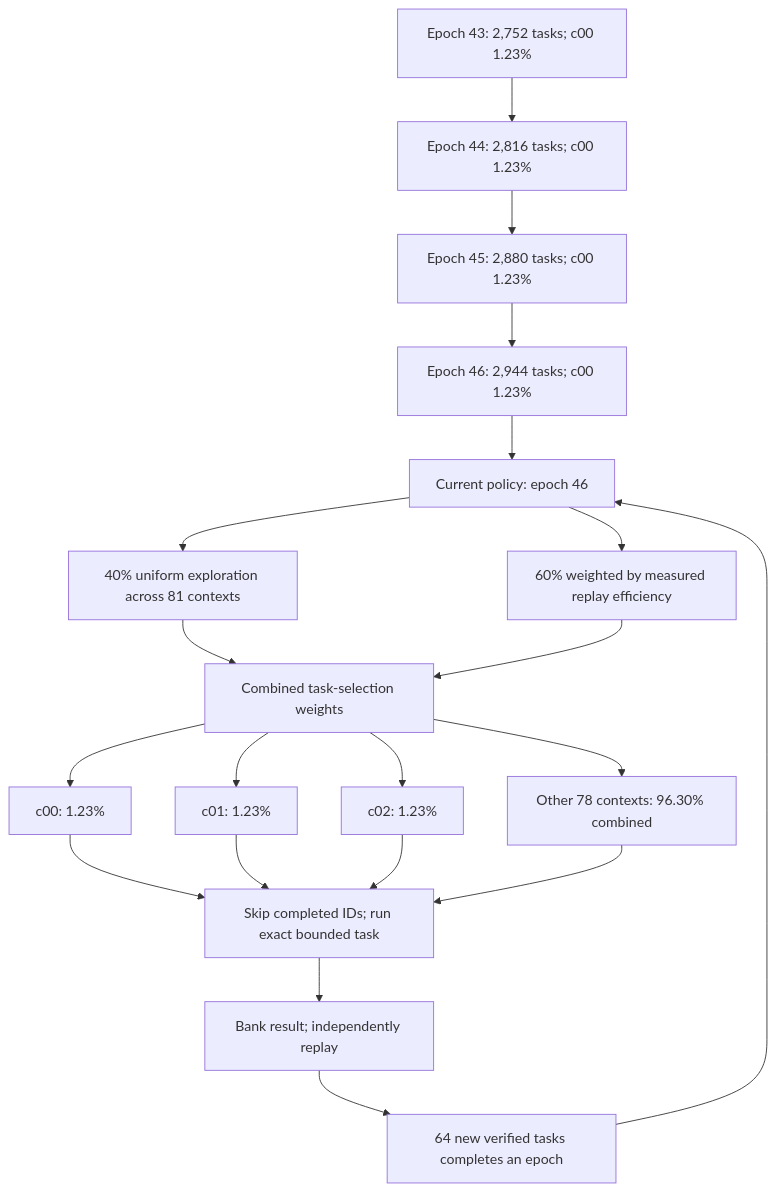
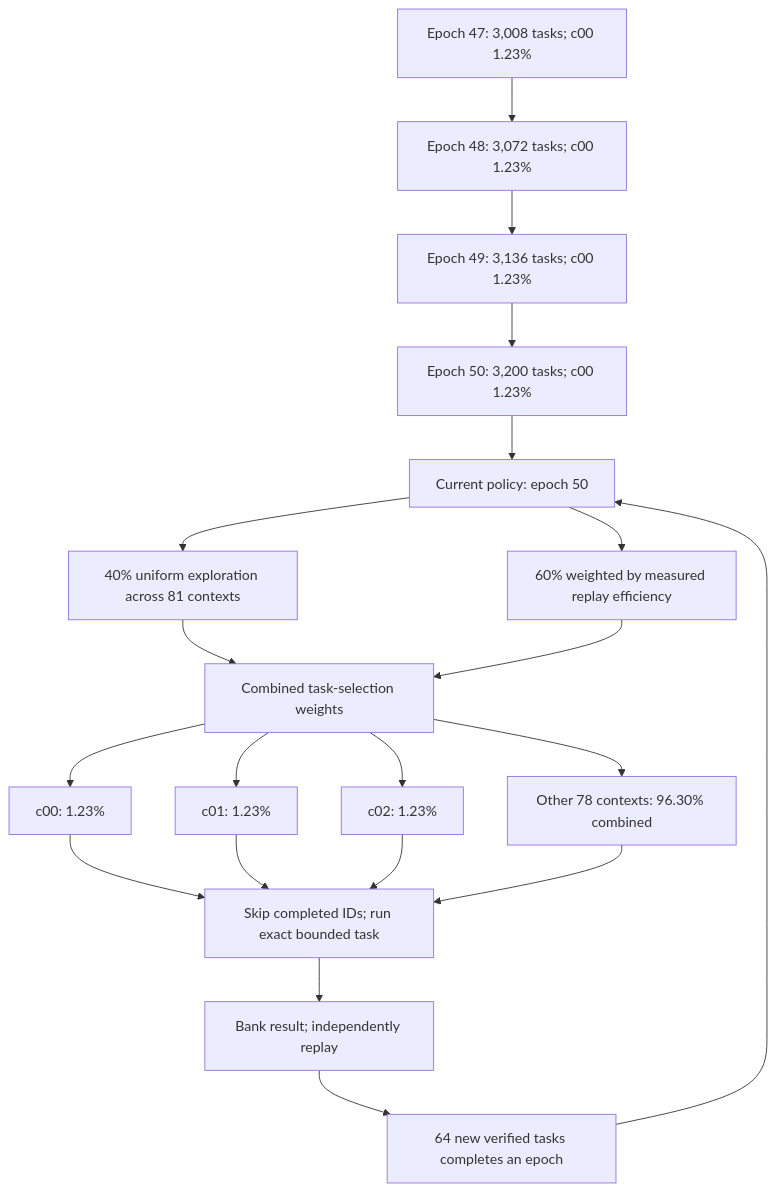
Before and after one commit to Kuberwastaken/math-gambling: the diagram in README.md, drawn with Mermaid. The commit also changed other lines of this file and 595 other files, not shown here.

````diff
--- a/README.md
+++ b/README.md
@@ -48,27 +48,27 @@
 ```mermaid
 flowchart TD
-    H0["Epoch 43: 2,752 tasks; c00 1.23%"]
-    H1["Epoch 44: 2,816 tasks; c00 1.23%"]
+    H0["Epoch 47: 3,008 tasks; c00 1.23%"]
+    H1["Epoch 48: 3,072 tasks; c00 1.23%"]
     H0 --> H1
-    H2["Epoch 45: 2,880 tasks; c00 1.23%"]
+    H2["Epoch 49: 3,136 tasks; c00 1.23%"]
     H1 --> H2
-    H3["Epoch 46: 2,944 tasks; c00 1.23%"]
+    H3["Epoch 50: 3,200 tasks; c00 1.23%"]
     H2 --> H3
-    Policy["Current policy: epoch 46"]
+    Policy["Current policy: epoch 50"]
     H3 --> Policy
     Policy --> Explore["40% uniform exploration across 81 contexts"]
     Policy --> Cost["60% weighted by measured replay efficiency"]
     Explore --> Mix["Combined task-selection weights"]
     Cost --> Mix
     Mix --> C0["c00: 1.23%"]
     Mix --> C1["c01: 1.23%"]
     Mix --> C2["c02: 1.23%"]
     Mix --> Rest["Other 78 contexts: 96.30% combined"]
     C0 --> Check["Skip completed IDs; run exact bounded task"]
     C1 --> Check
     C2 --> Check
     Rest --> Check
     Check --> Replay["Bank result; independently replay"]
     Replay --> Gate["64 new verified tasks completes an epoch"]
     Gate --> Policy
 ```
````
